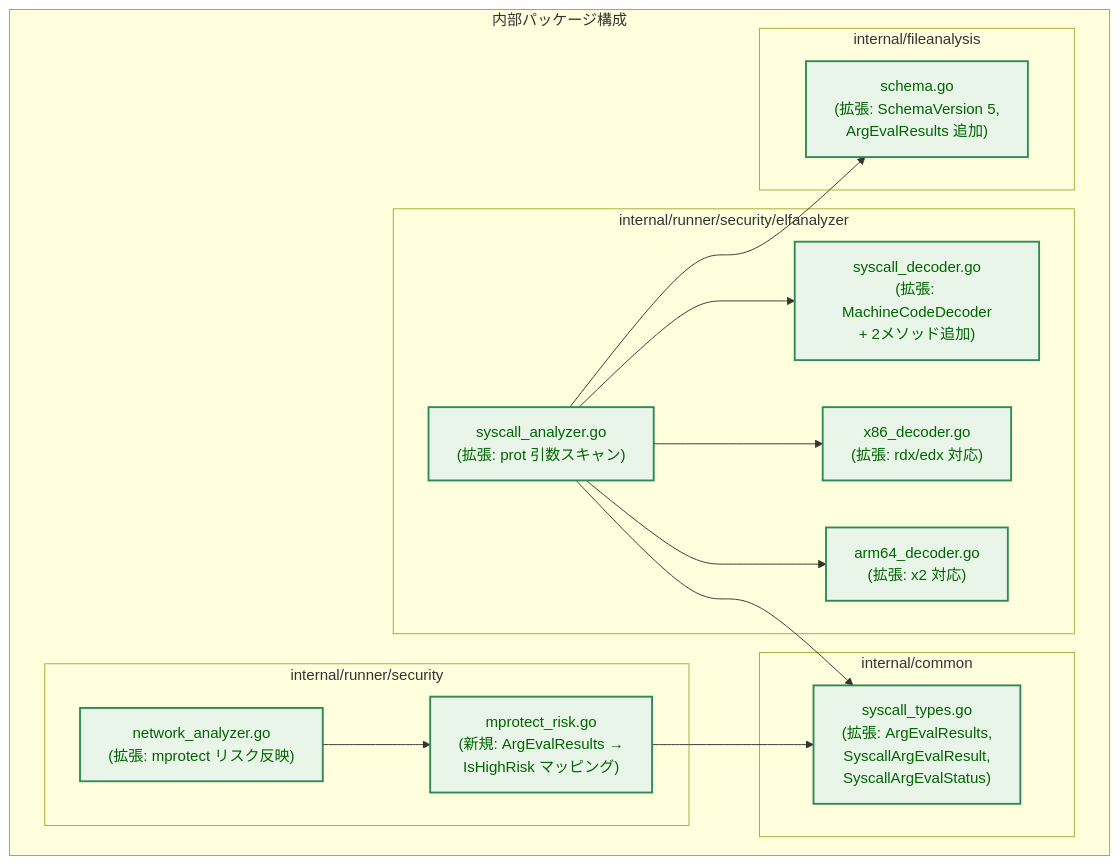
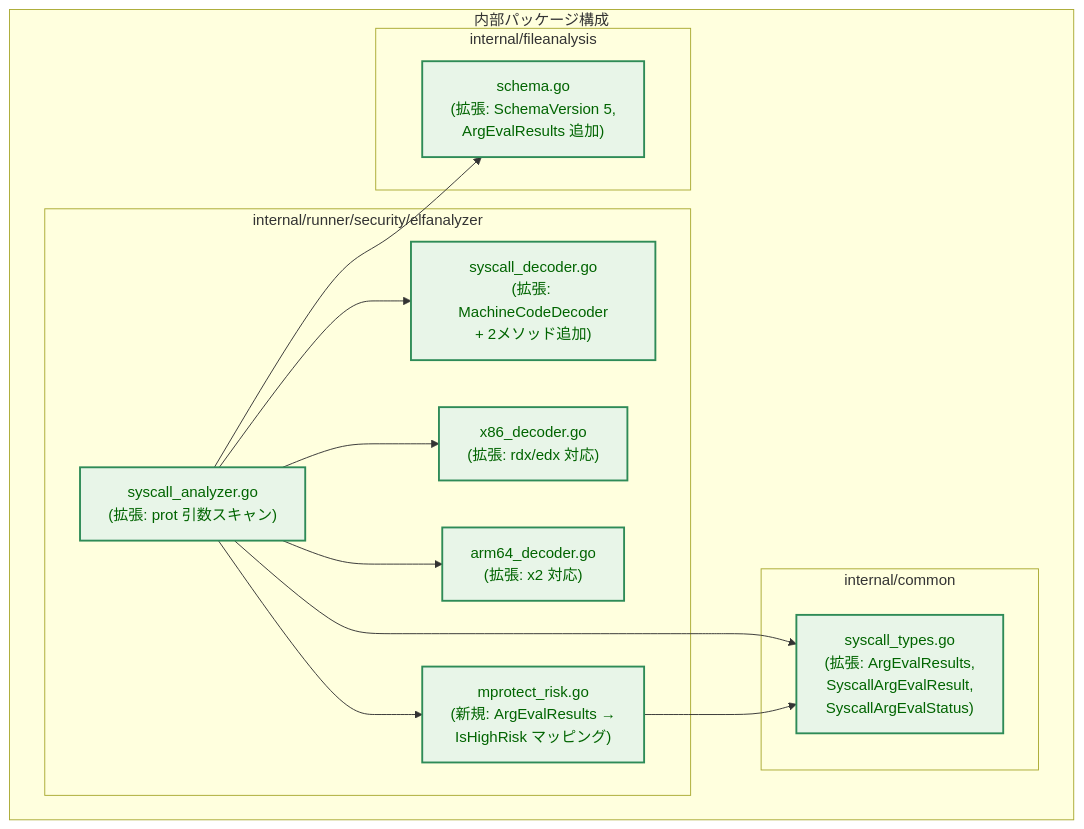
Before and after one commit to isseis/go-safe-cmd-runner: the fourth of 14 diagrams in docs/tasks/0078_mprotect_exec_detection/02_architecture.md, drawn with Mermaid. The commit also changed other lines of this file, not shown here.

````diff
--- a/docs/tasks/0078_mprotect_exec_detection/02_architecture.md
+++ b/docs/tasks/0078_mprotect_exec_detection/02_architecture.md
@@ -92,40 +92,35 @@
 ```mermaid
 graph TB
     classDef data fill:#e6f7ff,stroke:#1f77b4,stroke-width:1px,color:#0b3d91
     classDef process fill:#fff1e6,stroke:#ff7f0e,stroke-width:1px,color:#8a3e00
     classDef enhanced fill:#e8f5e8,stroke:#2e8b57,stroke-width:2px,color:#006400
 
     subgraph "内部パッケージ構成"
         subgraph "internal/common"
             A["syscall_types.go<br>(拡張: ArgEvalResults,<br>SyscallArgEvalResult,<br>SyscallArgEvalStatus)"]
         end
 
         subgraph "internal/runner/security/elfanalyzer"
             B["syscall_decoder.go<br>(拡張: MachineCodeDecoder<br>+ 2メソッド追加)"]
             C["x86_decoder.go<br>(拡張: rdx/edx 対応)"]
             D["arm64_decoder.go<br>(拡張: x2 対応)"]
             E["syscall_analyzer.go<br>(拡張: prot 引数スキャン)"]
-        end
-
-        subgraph "internal/runner/security"
             F["mprotect_risk.go<br>(新規: ArgEvalResults →<br>IsHighRisk マッピング)"]
-            G["network_analyzer.go<br>(拡張: mprotect リスク反映)"]
         end
 
         subgraph "internal/fileanalysis"
             H["schema.go<br>(拡張: SchemaVersion 5,<br>ArgEvalResults 追加)"]
         end
     end
 
     E --> B
     E --> C
     E --> D
     E --> A
-    G --> F
+    E --> F
     E --> H
     F --> A
 
-    class B,C,D,G,H enhanced
-    class A,E enhanced
-    class F enhanced
+    class B,C,D,H enhanced
+    class A,E,F enhanced
 ```
````
